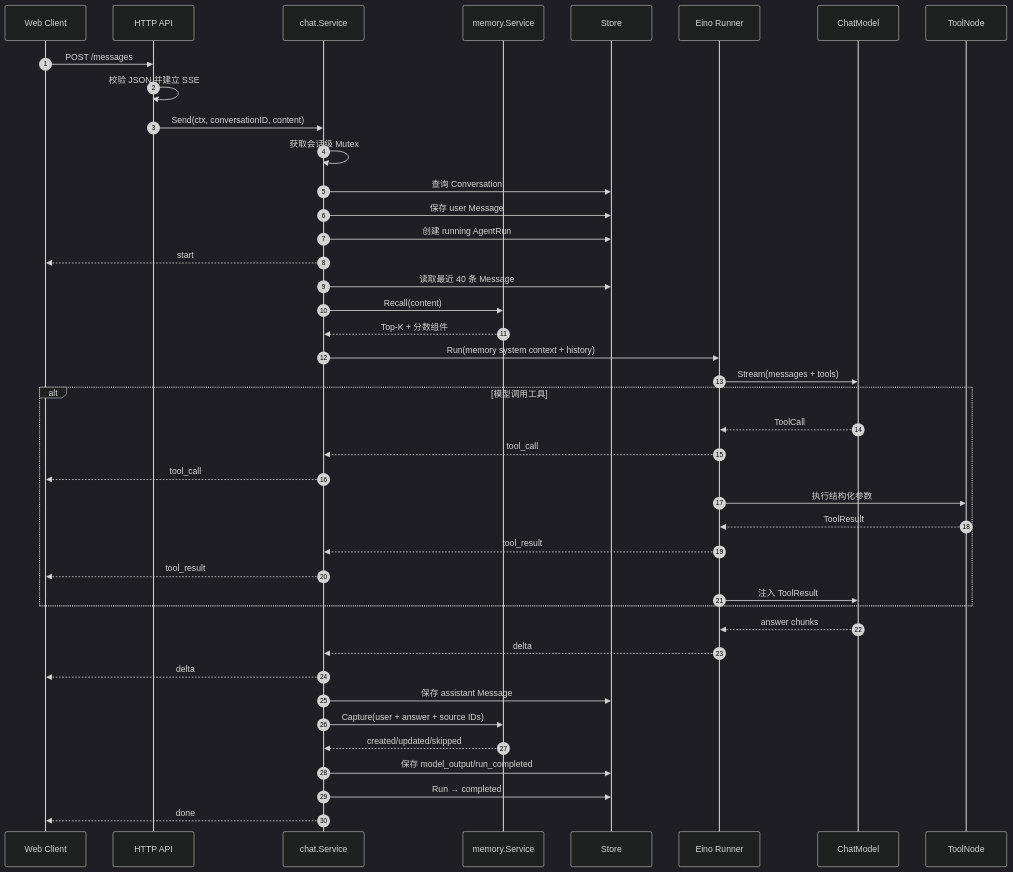
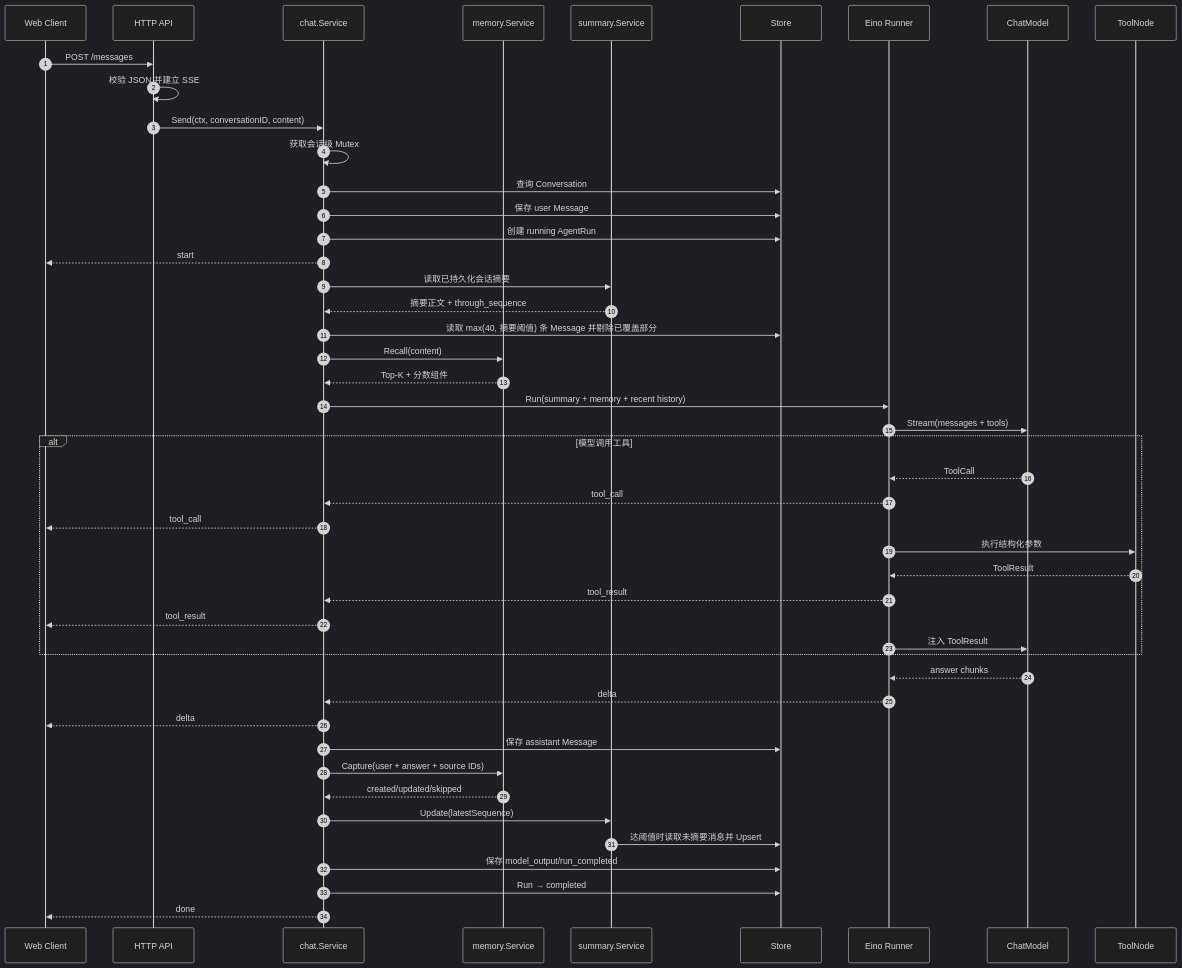
The second of 7 diagrams in docs/technical-design.md (zora-DD/zora), drawn with Mermaid (dark theme) before and after one commit. The commit also changed other lines of this file and 27 other files, not shown here.

````diff
--- a/docs/technical-design.md
+++ b/docs/technical-design.md
@@ -151,45 +162,50 @@
 ```mermaid
 sequenceDiagram
     autonumber
     participant Client as Web Client
     participant API as HTTP API
     participant Chat as chat.Service
     participant Memory as memory.Service
+    participant Summary as summary.Service
     participant Store as Store
     participant Runner as Eino Runner
     participant Model as ChatModel
     participant Tool as ToolNode
 
     Client->>API: POST /messages
     API->>API: 校验 JSON 并建立 SSE
     API->>Chat: Send(ctx, conversationID, content)
     Chat->>Chat: 获取会话级 Mutex
     Chat->>Store: 查询 Conversation
     Chat->>Store: 保存 user Message
     Chat->>Store: 创建 running AgentRun
     Chat-->>Client: start
-    Chat->>Store: 读取最近 40 条 Message
+    Chat->>Summary: 读取已持久化会话摘要
+    Summary-->>Chat: 摘要正文 + through_sequence
+    Chat->>Store: 读取 max(40, 摘要阈值) 条 Message 并剔除已覆盖部分
     Chat->>Memory: Recall(content)
     Memory-->>Chat: Top-K + 分数组件
-    Chat->>Runner: Run(memory system context + history)
+    Chat->>Runner: Run(summary + memory + recent history)
     Runner->>Model: Stream(messages + tools)
     alt 模型调用工具
         Model-->>Runner: ToolCall
         Runner-->>Chat: tool_call
         Chat-->>Client: tool_call
         Runner->>Tool: 执行结构化参数
         Tool-->>Runner: ToolResult
         Runner-->>Chat: tool_result
         Chat-->>Client: tool_result
         Runner->>Model: 注入 ToolResult
     end
     Model-->>Runner: answer chunks
     Runner-->>Chat: delta
     Chat-->>Client: delta
     Chat->>Store: 保存 assistant Message
     Chat->>Memory: Capture(user + answer + source IDs)
     Memory-->>Chat: created/updated/skipped
+    Chat->>Summary: Update(latestSequence)
+    Summary->>Store: 达阈值时读取未摘要消息并 Upsert
     Chat->>Store: 保存 model_output/run_completed
     Chat->>Store: Run → completed
     Chat-->>Client: done
 ```
````
